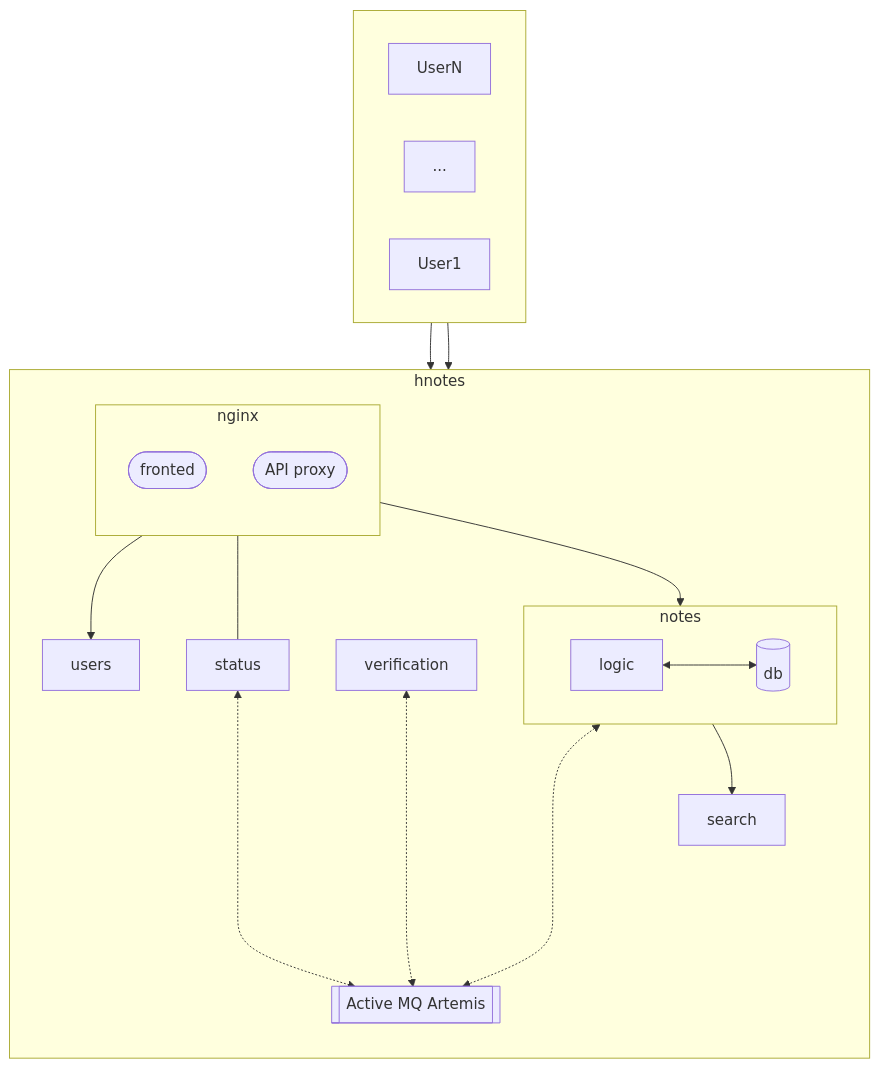
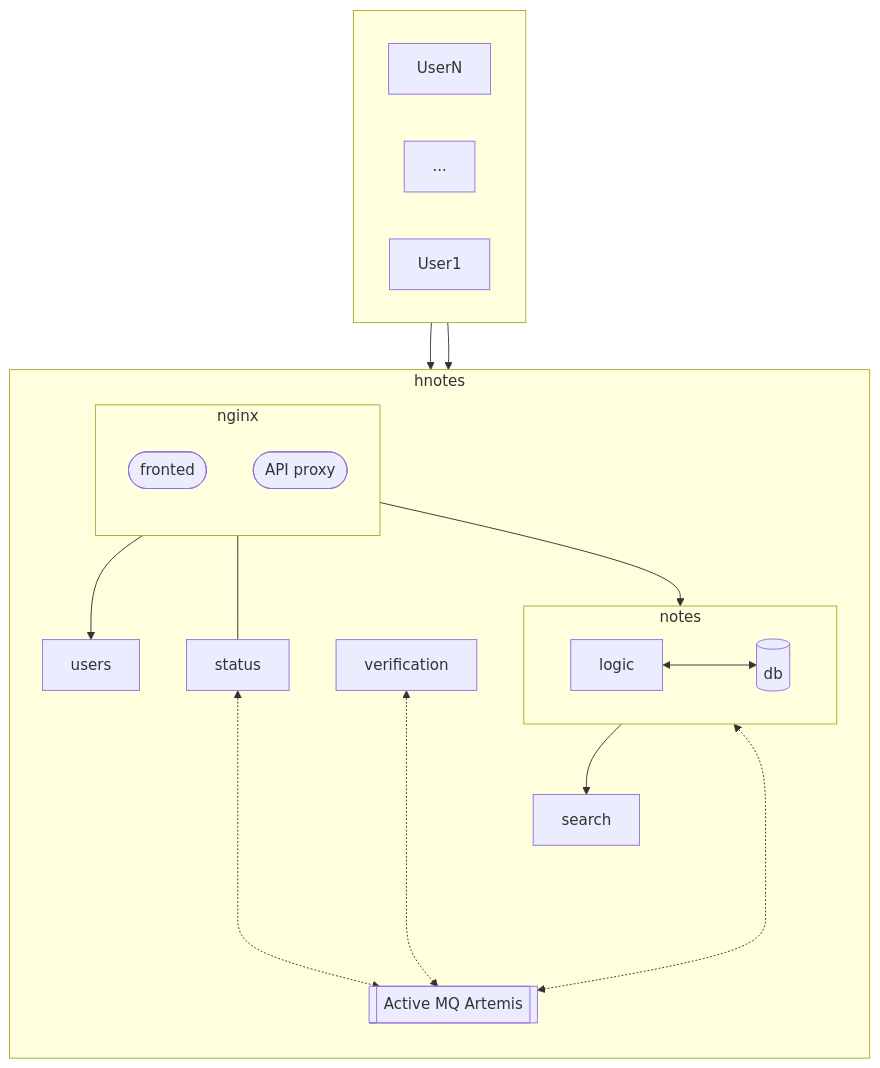
One commit to mateusz-holenko/hnotes changed the diagram in README.md. Above: the diagram before and after it, drawn with Mermaid.

````diff
--- a/README.md
+++ b/README.md
@@ -20,50 +20,50 @@
 ```mermaid
 
 flowchart TB
   direction TB
   subgraph WORLD[" "]
     direction LR
     UN["UserN"]
     U2["..."]
     U1["User1"]
   end
   subgraph HN["hnotes"]
     direction TB
     subgraph NG["nginx"]
         direction TB
         FR(["fronted"])
         API(["API proxy"])
     end
     US["users"]
     ST["status"]
     VE["verification"]
     SE["search"]
     subgraph SB_NO["notes"]
         direction LR
         NO["logic"] <--> db[("db")]
     end
 
     BR[["Active MQ Artemis"]]
 
     API --> NO
     API --> US
 
     SB_NO --> SE
     
-    NO <-...-> BR
+    SB_NO <-...-> BR
     VE <-...-> BR
     ST <-...-> BR 
    end
 
   U1 --> NG
   UN --> NG
   NG --- ST
 
   click FR "https://github.com/mateusz-holenko/hnotes/tree/readme?tab=readme-ov-file#frontend-application" "Frontend application"
   click NO "https://github.com/mateusz-holenko/hnotes/tree/readme?tab=readme-ov-file#notes-service" "Notes Service"
   click US "https://github.com/mateusz-holenko/hnotes/tree/readme?tab=readme-ov-file#users-service" "Users Service"
   click ST "https://github.com/mateusz-holenko/hnotes/tree/readme?tab=readme-ov-file#status-service" "Status Service"
   click VE "https://github.com/mateusz-holenko/hnotes/tree/readme?tab=readme-ov-file#verification-service" "Verification Service"
   click BR "https://github.com/mateusz-holenko/hnotes/tree/readme?tab=readme-ov-file#message-broker" "Message Broker"
   click SE "https://github.com/mateusz-holenko/hnotes/tree/readme?tab=readme-ov-file#search-service" "Search Service"
 ```
````
